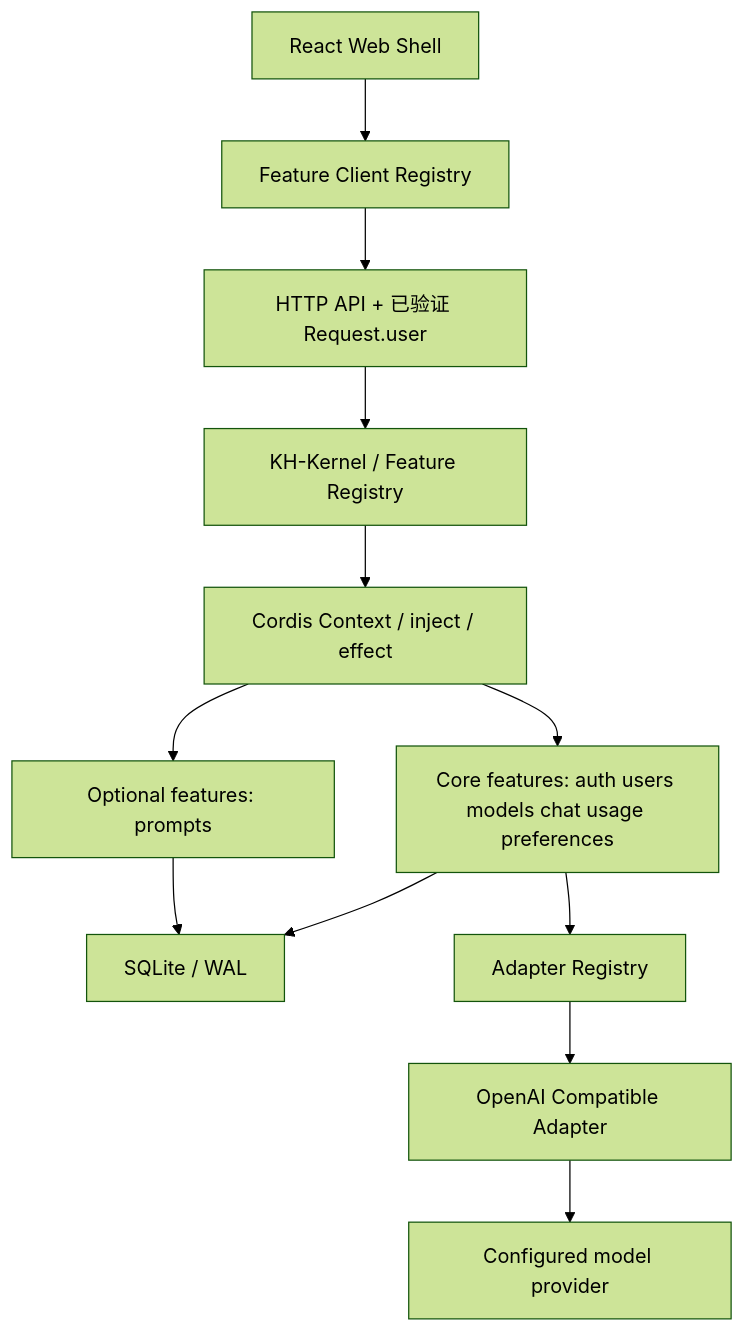
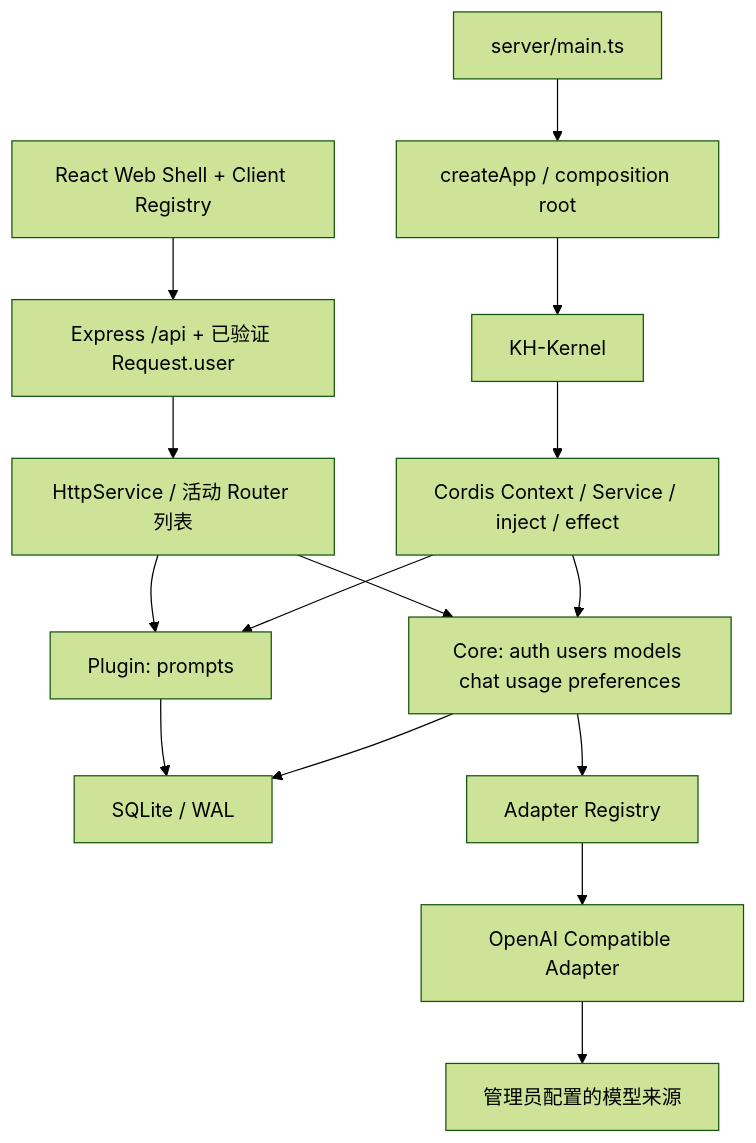
The diagram in docs/ARCHITECTURE.md (ChongKaKam/KAKAM-Harness), drawn with Mermaid (forest theme) before and after one commit. The commit also changed other lines of this file and 5 other files, not shown here.

````diff
--- a/docs/ARCHITECTURE.md
+++ b/docs/ARCHITECTURE.md
@@ -5,14 +7,17 @@
 ```mermaid
 flowchart TD
-    UI[React Web Shell] --> Client[Feature Client Registry]
-    Client --> HTTP[HTTP API + 已验证 Request.user]
-    HTTP --> Kernel[KH-Kernel / Feature Registry]
-    Kernel --> Engine[Cordis Context / inject / effect]
-    Engine --> Core[Core features: auth users models chat usage preferences]
-    Engine --> Plugins[Optional features: prompts]
+    Main[server/main.ts] --> App[createApp / composition root]
+    App --> Kernel[KH-Kernel]
+    Kernel --> Engine[Cordis Context / Service / inject / effect]
+    Engine --> Core[Core: auth users models chat usage preferences]
+    Engine --> Plugins[Plugin: prompts]
+    UI[React Web Shell + Client Registry] --> HTTP[Express /api + 已验证 Request.user]
+    HTTP --> Routes[HttpService / 活动 Router 列表]
+    Routes --> Core
+    Routes --> Plugins
     Core --> DB[SQLite / WAL]
     Plugins --> DB
     Core --> AR[Adapter Registry]
     AR --> OA[OpenAI Compatible Adapter]
-    OA --> Provider[Configured model provider]
+    OA --> Provider[管理员配置的模型来源]
 ```
````
